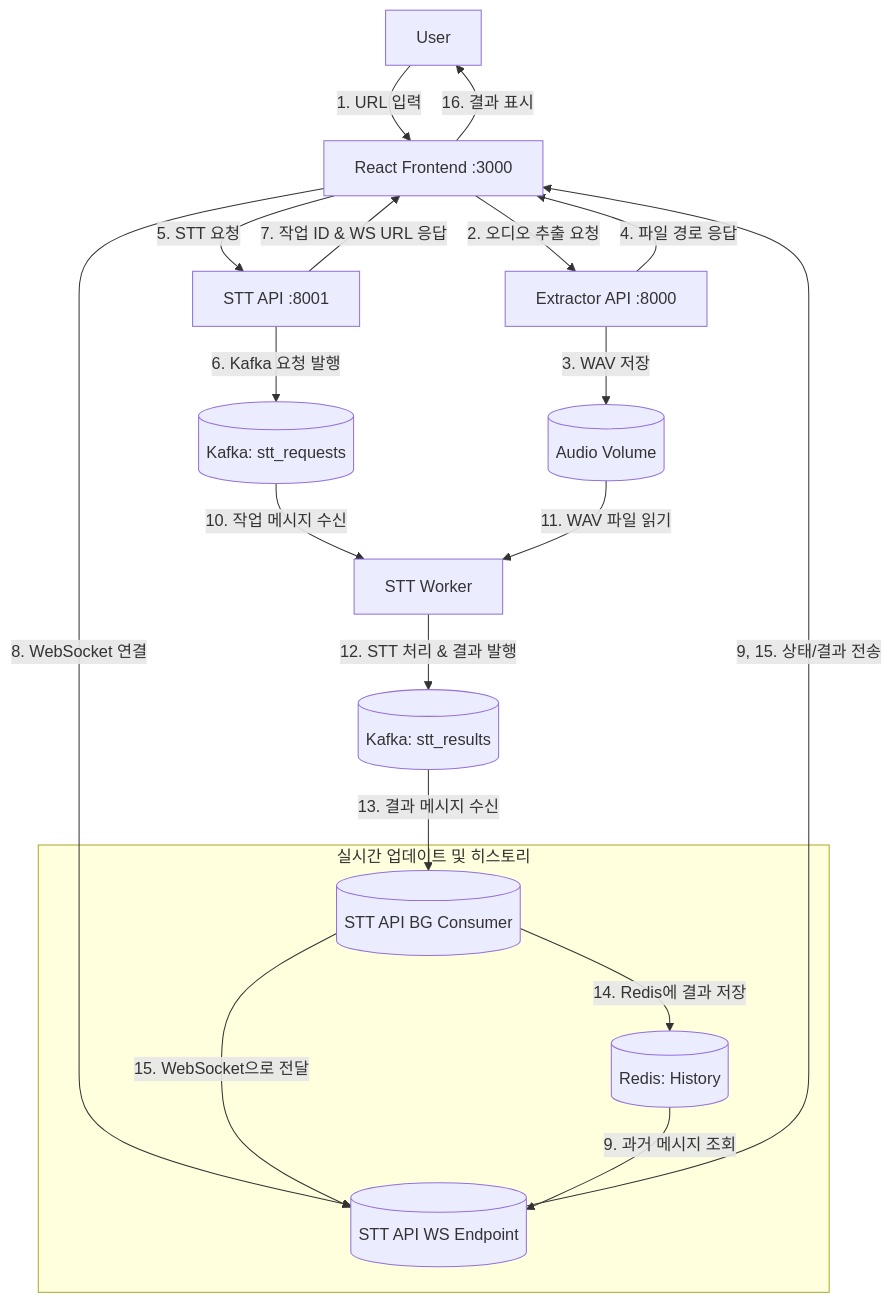
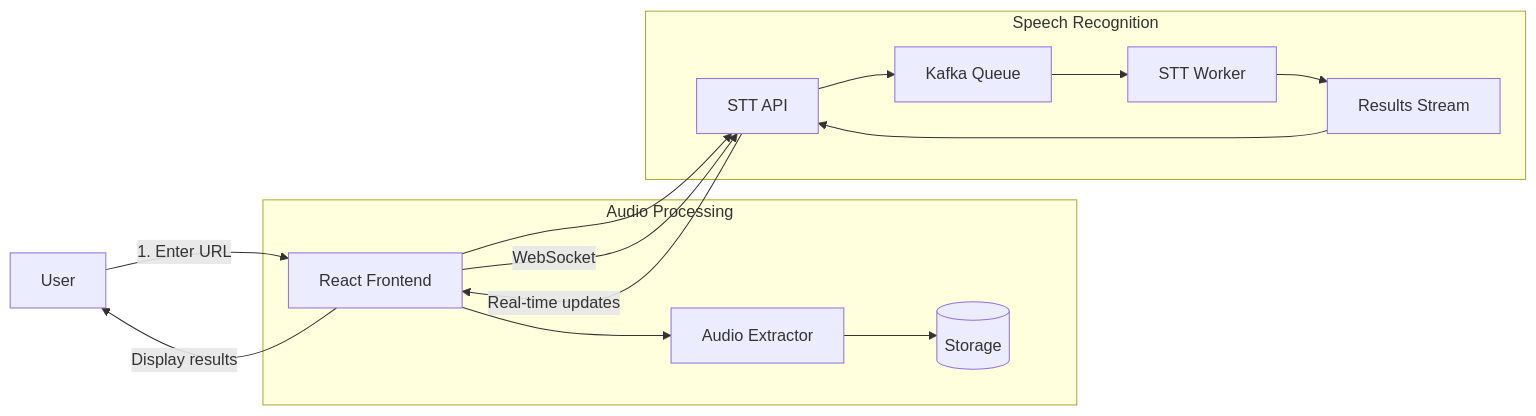
One commit to soonhong99/youtube-jp-translator changed the diagram in README.md. Above: the diagram before and after it, drawn with Mermaid.

Commit message:
change readme file 7

````diff
--- a/README.md
+++ b/README.md
@@ -28,29 +28,21 @@
 ```mermaid
-flowchart TD
-    User["User"] -- "1. URL 입력" --> Frontend["React Frontend :3000"]
-
-    Frontend -->|"2. 오디오 추출 요청"| Extractor["Extractor API :8000"]
-    Extractor -->|"3. WAV 저장"| Volume[("Audio Volume")]
-    Extractor -->|"4. 파일 경로 응답"| Frontend
-
-    Frontend -->|"5. STT 요청"| STTAPI["STT API :8001"]
-    STTAPI -->|"6. Kafka 요청 발행"| KafkaRequests[("Kafka: stt_requests")]
-    STTAPI -->|"7. 작업 ID & WS URL 응답"| Frontend
-
-    Frontend -->|"8. WebSocket 연결"| STTAPI_WS[("STT API WS Endpoint")]
-
-    KafkaRequests -->|"10. 작업 메시지 수신"| STTWorker["STT Worker"]
-    Volume -->|"11. WAV 파일 읽기"| STTWorker
-    STTWorker -->|"12. STT 처리 & 결과 발행"| KafkaResults[("Kafka: stt_results")]
-
-    KafkaResults -->|"13. 결과 메시지 수신"| STTAPI_Consume[("STT API BG Consumer")]
-
-    subgraph "실시간 업데이트 및 히스토리"
-        STTAPI_Consume -->|"14. Redis에 결과 저장"| Redis[("Redis: History")]
-        STTAPI_Consume -->|"15. WebSocket으로 전달"| STTAPI_WS
-        Redis -->|"9. 과거 메시지 조회"| STTAPI_WS
+flowchart LR
+    User["User"] -- "1. Enter URL" --> Frontend["React Frontend"]
+    
+    subgraph "Audio Processing"
+        Frontend --> Extractor["Audio Extractor"]
+        Extractor --> Storage[("Storage")]
     end
-
-    STTAPI_WS -->|"9, 15. 상태/결과 전송"| Frontend
-    Frontend -->|"16. 결과 표시"| User
+    
+    subgraph "Speech Recognition"
+        Frontend --> STTAPI["STT API"]
+        STTAPI --> Kafka["Kafka Queue"]
+        Kafka --> Worker["STT Worker"]
+        Worker --> Results["Results Stream"]
+        Results --> STTAPI
+    end
+    
+    Frontend -- "WebSocket" --> STTAPI
+    STTAPI -- "Real-time updates" --> Frontend
+    Frontend -- "Display results" --> User
 ```
````
